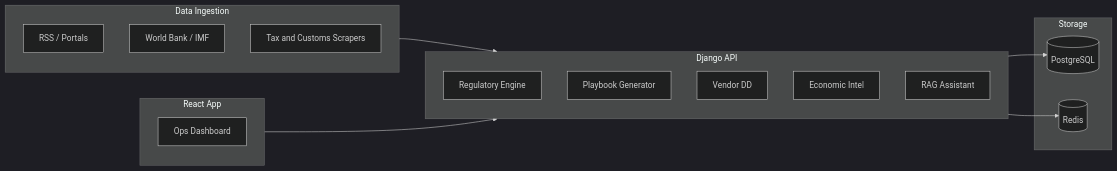
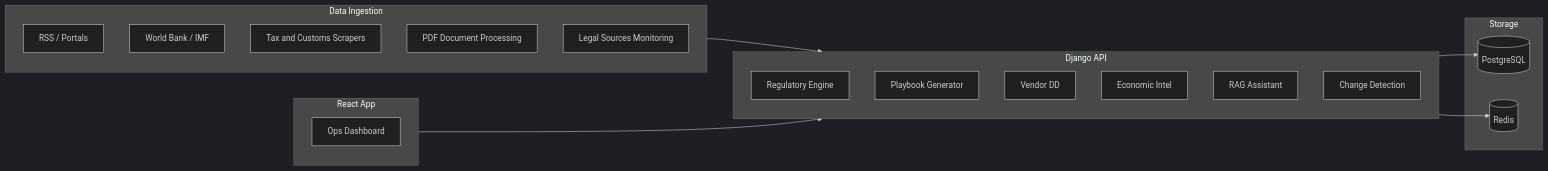
One commit to dallas8000-ops/EastBridge-OPS changed the diagram in README.md. Above: the diagram before and after it, drawn with Mermaid (dark theme). The commit also changed other lines of this file and 14 other files, not shown here.

First line of the commit message:
feat: add legal source monitoring for UG, KE, RW

````diff
--- a/README.md
+++ b/README.md
@@ -126,30 +198,33 @@
 ```mermaid
 flowchart LR
   subgraph ingestion [Data Ingestion]
     RSS[RSS / Portals]
     APIs[World Bank / IMF]
     Scrapers[Tax and Customs Scrapers]
+    PDF[PDF Document Processing]
+    Legal[Legal Sources Monitoring]
   end
 
   subgraph backend [Django API]
     Regulatory[Regulatory Engine]
     Playbooks[Playbook Generator]
     Vendors[Vendor DD]
     Intel[Economic Intel]
     Assistant[RAG Assistant]
+    Change[Change Detection]
   end
 
   subgraph storage [Storage]
     PG[(PostgreSQL)]
     Redis[(Redis)]
   end
 
   subgraph frontend [React App]
     Dashboard[Ops Dashboard]
   end
 
   ingestion --> backend
   backend --> PG
   backend --> Redis
   frontend --> backend
 ```
````
